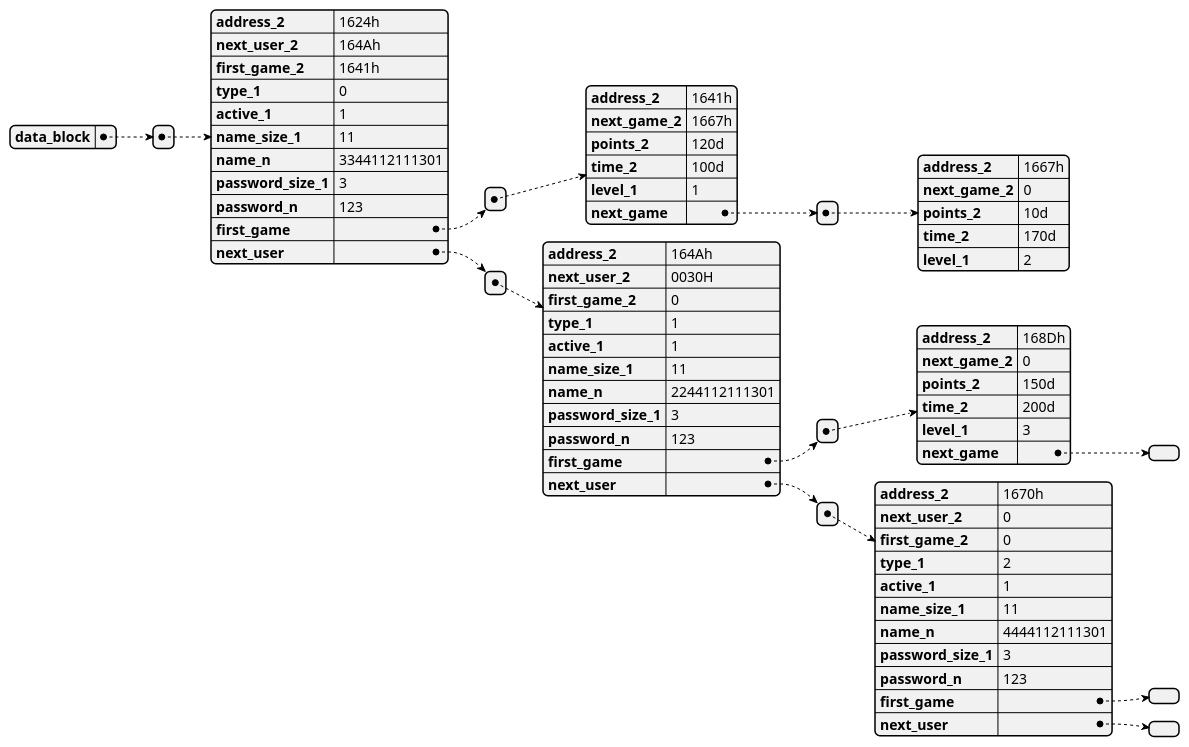
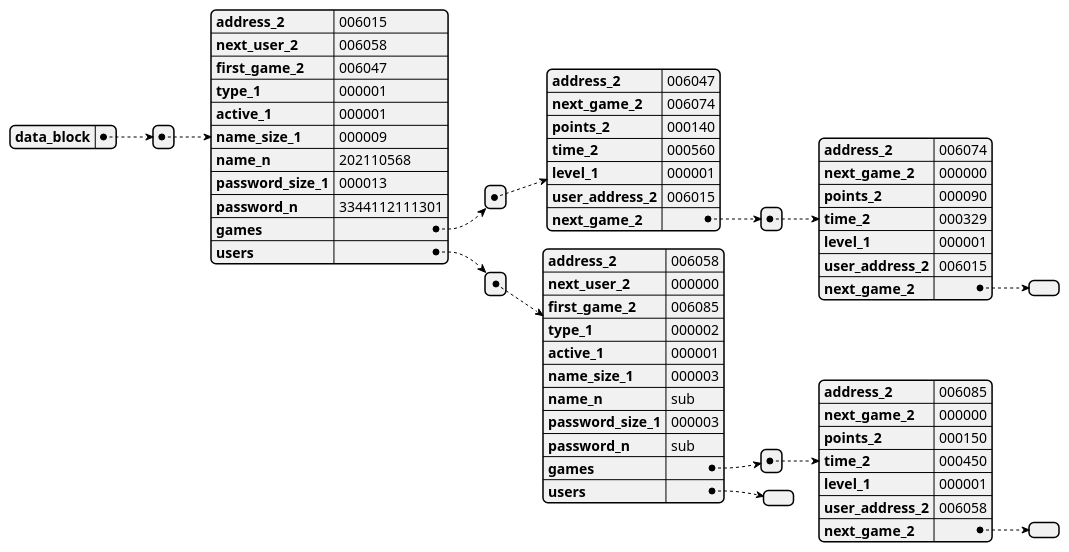
Before and after one commit to damianpeaf/ACE1_Proyecto2: the diagram in docs/memory/readme.md, drawn with PlantUML. The commit also changed 9 other files, not shown here.

````diff
--- a/docs/memory/readme.md
+++ b/docs/memory/readme.md
@@ -1,76 +1,70 @@
 ```plantuml
 @startjson
 {
-    "data_block": [
-        {
-            "address_2": "1624h",
-            "next_user_2": "164Ah",
-            "first_game_2": "1641h",
-            "type_1": 0,
-            "active_1": 1,
-            "name_size_1": 11,
-            "name_n": "3344112111301",
-            "password_size_1": 3,
-            "password_n": "123",
-            "first_game": [
-                {
-                    "address_2": "1641h",
-                    "next_game_2": "1667h",
-                    "points_2": "120d",
-                    "time_2": "100d",
-                    "level_1": 1,
-                    "next_game": [
-                        {
-                            "address_2": "1667h",
-                            "next_game_2": 0,
-                            "points_2": "10d",
-                            "time_2": "170d",
-                            "level_1": 2
-                        }
-                    ]
-                }
-            ],
-            "next_user": [
-                {
-                    "address_2": "164Ah",
-                    "next_user_2": "0030H",
-                    "first_game_2": 0,
-                    "type_1": 1,
-                    "active_1": 1,
-                    "name_size_1": 11,
-                    "name_n": "2244112111301",
-                    "password_size_1": 3,
-                    "password_n": "123",
-                    "first_game": [
-                        {
-                            "address_2": "168Dh",
-                            "next_game_2": "0",
-                            "points_2": "150d",
-                            "time_2": "200d",
-                            "level_1": 3,
-                            "next_game": []
-                        }
-                    ],
-                    "next_user": [
-                        {
-                            "address_2": "1670h",
-                            "next_user_2": 0,
-                            "first_game_2": 0,
-                            "type_1": 2,
-                            "active_1": 1,
-                            "name_size_1": 11,
-                            "name_n": "4444112111301",
-                            "password_size_1": 3,
-                            "password_n": "123",
-                            "first_game": [],
-                            "next_user": []
-                        }
-                    ]
-                }
-            ]
-        }
-    ]
+"data_block": [
+{
+"address_2": "006015",
+"next_user_2": "006058",
+"first_game_2": "006047",
+"type_1": "000001",
+"active_1": "000001",
+"name_size_1": "000009",
+"name_n": "202110568",
+"password_size_1": "000013",
+"password_n": "3344112111301",
+"games": [
+{
+"address_2": "006047",
+"next_game_2": "006074",
+"points_2": "000140",
+"time_2": "000560",
+"level_1": "000001",
+"user_address_2": "006015",
+"next_game_2": [
+{
+"address_2": "006074",
+"next_game_2": "000000",
+"points_2": "000090",
+"time_2": "000329",
+"level_1": "000001",
+"user_address_2": "006015",
+"next_game_2": [
+]
 }
-
+]
+}
+]
+,
+"users": [
+{
+"address_2": "006058",
+"next_user_2": "000000",
+"first_game_2": "006085",
+"type_1": "000002",
+"active_1": "000001",
+"name_size_1": "000003",
+"name_n": "sub",
+"password_size_1": "000003",
+"password_n": "sub",
+"games": [
+{
+"address_2": "006085",
+"next_game_2": "000000",
+"points_2": "000150",
+"time_2": "000450",
+"level_1": "000001",
+"user_address_2": "006058",
+"next_game_2": [
+]
+}
+]
+,
+"users": [
+]
+}
+]
+}
+]
+}
 @endjson
 ```
````
